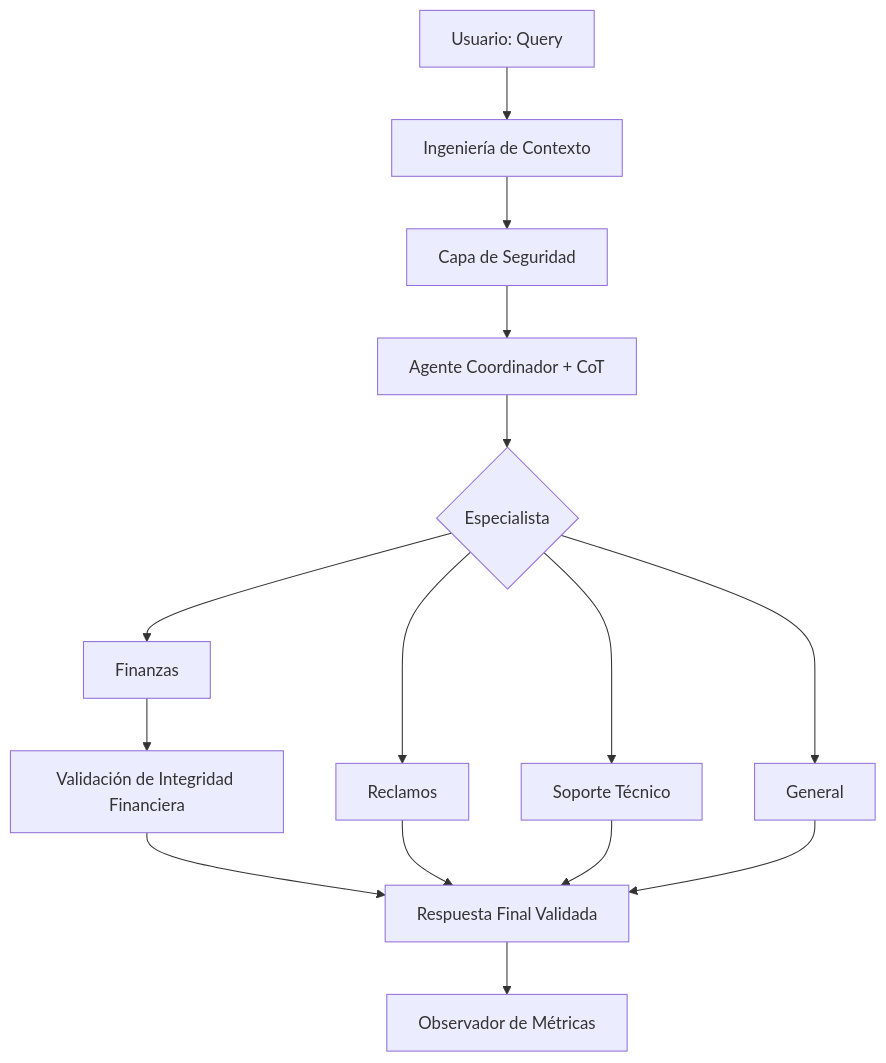
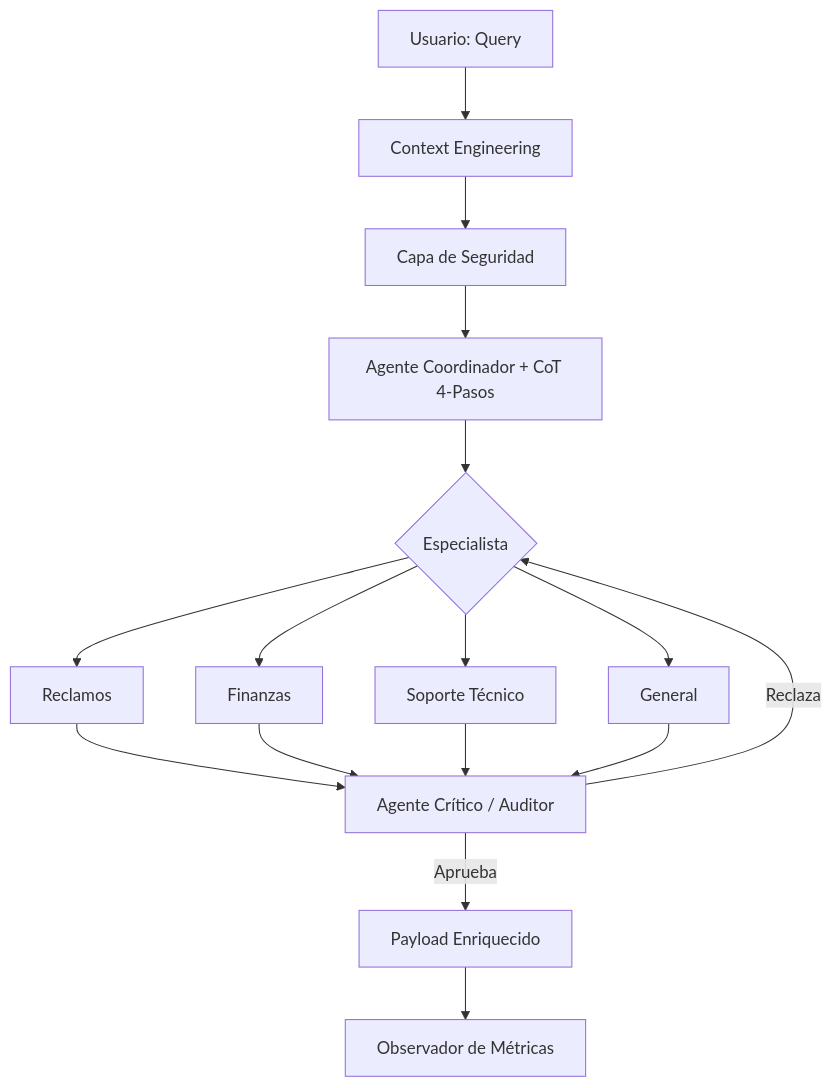
Before and after one commit to cesesteban/Multi-Agent-Routing-System: the diagram in architecture_reports/architecture_reports_es.md, drawn with Mermaid. The commit also changed other lines of this file and 11 other files, not shown here.

````diff
--- a/architecture_reports/architecture_reports_es.md
+++ b/architecture_reports/architecture_reports_es.md
@@ -7,17 +7,15 @@
 ```mermaid
 graph TD
-    A[Usuario: Query] --> B[Ingeniería de Contexto]
+    A[Usuario: Query] --> B[Context Engineering]
     B --> C[Capa de Seguridad]
-    C --> D[Agente Coordinador + CoT]
+    C --> D[Agente Coordinador + CoT 4-Pasos]
     D --> E{Especialista}
     E --> F[Reclamos]
     E --> G[Finanzas]
     E --> H[Soporte Técnico]
     E --> I[General]
-    G --> J[Validación de Integridad Financiera]
-    J --> K[Respuesta Final Validada]
-    F --> K
-    H --> K
-    I --> K
+    F & G & H & I --> J[Agente Crítico / Auditor]
+    J -- Reclaza --> E
+    J -- Aprueba --> K[Payload Enriquecido]
     K --> L[Observador de Métricas]
 ```
````
